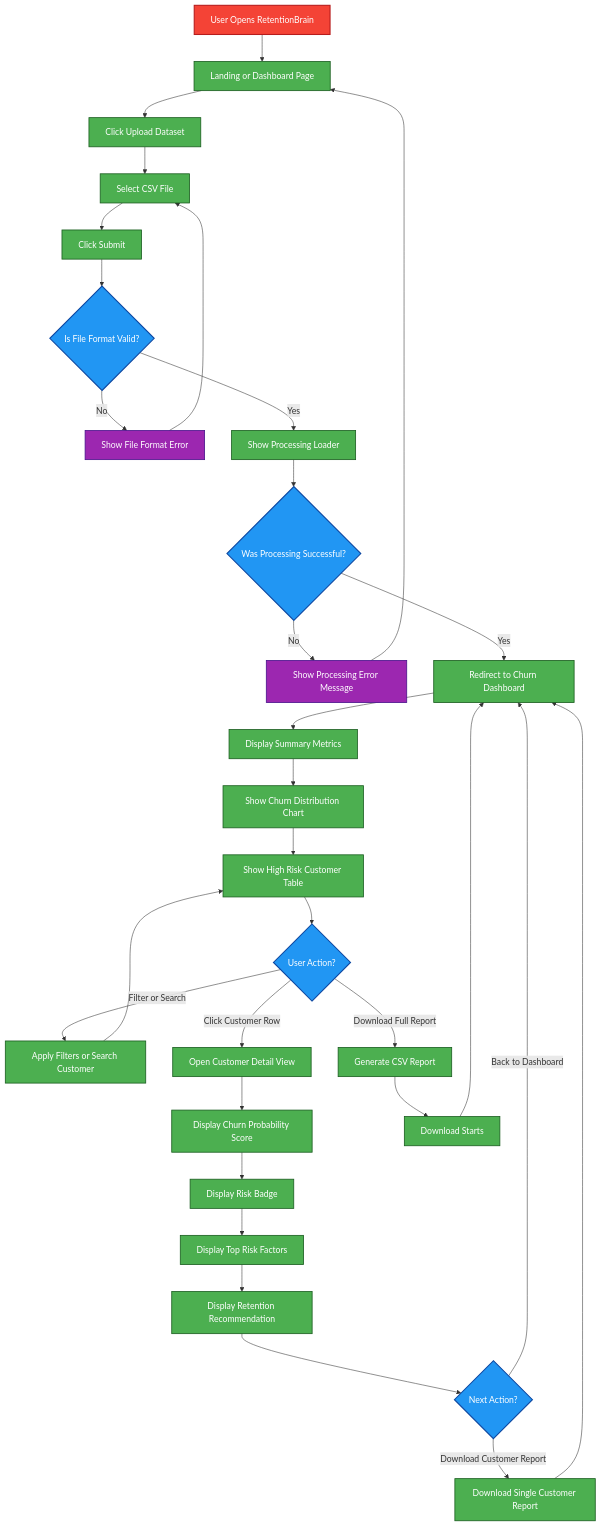
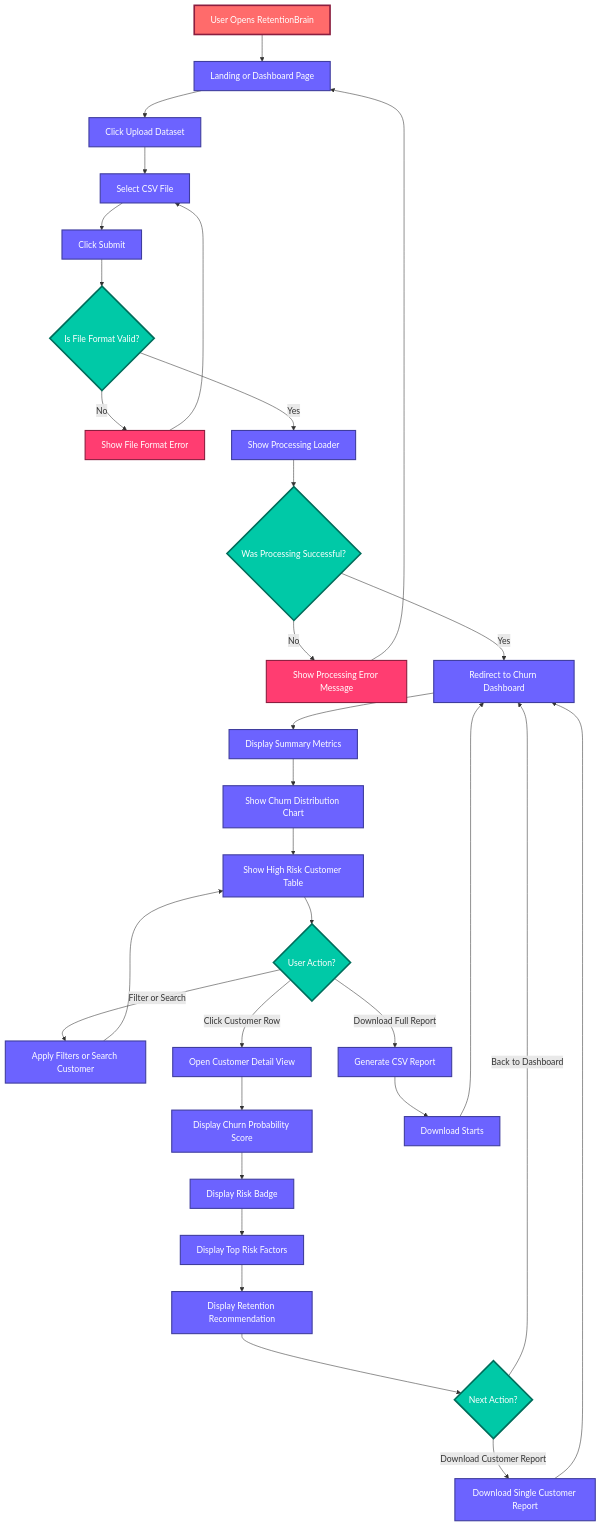
One commit to Manishym956/RetentionBrain changed the diagram in UserFlow.MD. Above: the diagram before and after it, drawn with Mermaid.

````diff
--- a/UserFlow.MD
+++ b/UserFlow.MD
@@ -9,61 +9,67 @@
 ```mermaid
 flowchart TD
 
     A[User Opens RetentionBrain] --> B[Landing or Dashboard Page]
 
     B --> C[Click Upload Dataset]
     C --> D[Select CSV File]
     D --> E[Click Submit]
 
     E --> F{Is File Format Valid?}
 
     F -->|No| G[Show File Format Error]
     G --> D
 
     F -->|Yes| H[Show Processing Loader]
 
     H --> I{Was Processing Successful?}
 
     I -->|No| J[Show Processing Error Message]
     J --> B
 
     I -->|Yes| K[Redirect to Churn Dashboard]
 
     K --> L[Display Summary Metrics]
     L --> M[Show Churn Distribution Chart]
     M --> N[Show High Risk Customer Table]
 
     N --> O{User Action?}
 
     O -->|Filter or Search| P[Apply Filters or Search Customer]
     P --> N
 
     O -->|Click Customer Row| Q[Open Customer Detail View]
 
     Q --> R[Display Churn Probability Score]
     R --> S[Display Risk Badge]
     S --> T[Display Top Risk Factors]
     T --> U[Display Retention Recommendation]
 
     U --> V{Next Action?}
 
     V -->|Back to Dashboard| K
     V -->|Download Customer Report| W[Download Single Customer Report]
     W --> K
 
     O -->|Download Full Report| X[Generate CSV Report]
     X --> Y[Download Starts]
     Y --> K
 
 
-    %% === STYLING ===
-    classDef startEnd fill:#f44336,color:#ffffff,stroke:#b71c1c,stroke-width:2px;
-    classDef action fill:#4caf50,color:#ffffff,stroke:#1b5e20,stroke-width:1.5px;
-    classDef decision fill:#2196f3,color:#ffffff,stroke:#0d47a1,stroke-width:2px;
-    classDef error fill:#9c27b0,color:#ffffff,stroke:#4a148c,stroke-width:1.5px;
+    %% ===== PREMIUM THEME =====
 
-    class A startEnd
+    classDef start fill:#ff6b6b,color:#ffffff,stroke:#8b1e3f,stroke-width:3px;
+    classDef action fill:#6c63ff,color:#ffffff,stroke:#3f3d9e,stroke-width:2px;
+    classDef decision fill:#00c9a7,color:#ffffff,stroke:#006d5b,stroke-width:3px;
+    classDef error fill:#ff3d71,color:#ffffff,stroke:#8b1e3f,stroke-width:2px;
+
+    %% Assign classes
+    class A start
+
     class B,C,D,E,H,K,L,M,N,P,Q,R,S,T,U,W,X,Y action
+
     class F,I,O,V decision
+
     class G,J error
+
 ```
````
